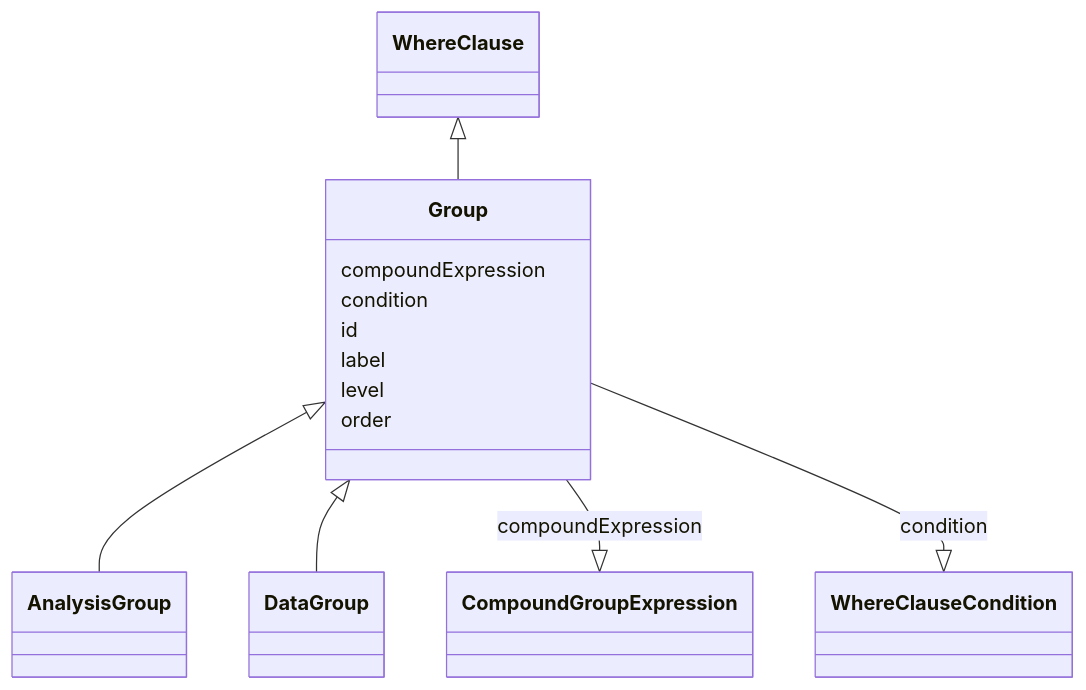
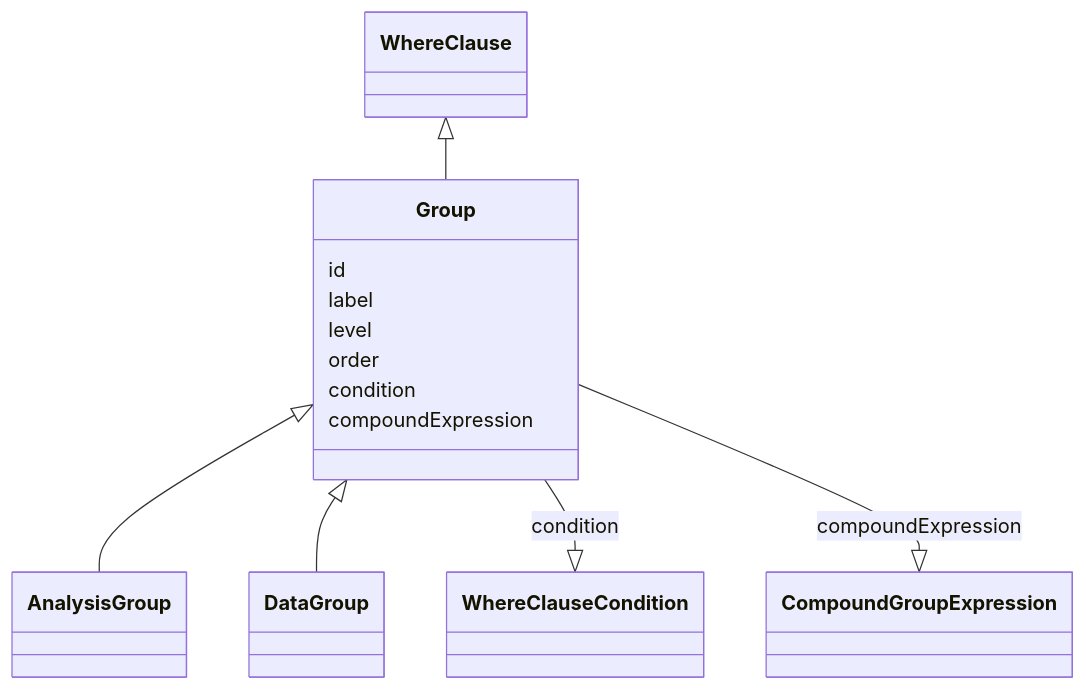
The diagram in project/docs/Group.md (cdisc-org/analysis-results-standard), drawn with Mermaid before and after one commit. The commit also changed other lines of this file and 192 other files, not shown here.

````diff
--- a/project/docs/Group.md
+++ b/project/docs/Group.md
@@ -15,28 +12,23 @@
 ```mermaid
  classDiagram
     class Group
       WhereClause <|-- Group
-      
-
       Group <|-- AnalysisGroup
       Group <|-- DataGroup
-      
-      
-      Group : compoundExpression
-        
-          Group --|> CompoundGroupExpression : compoundExpression
-        
-      Group : condition
-        
-          Group --|> WhereClauseCondition : condition
-        
+            
       Group : id
         
       Group : label
         
       Group : level
         
       Group : order
         
+      Group : condition
+        Group --|> WhereClauseCondition : condition
+        
+      Group : compoundExpression
+        Group --|> CompoundGroupExpression : compoundExpression
+        
       
 ```
````
